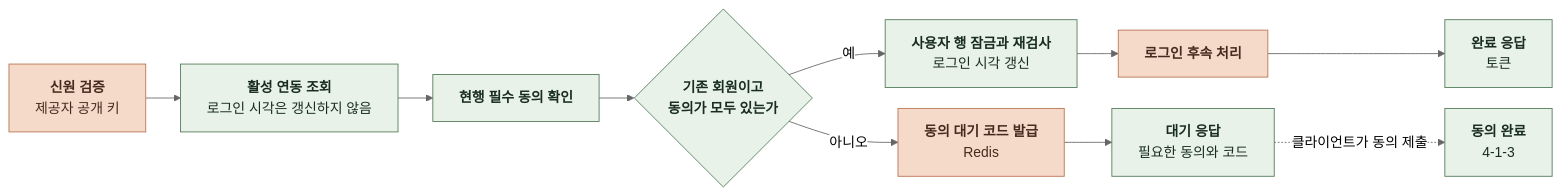
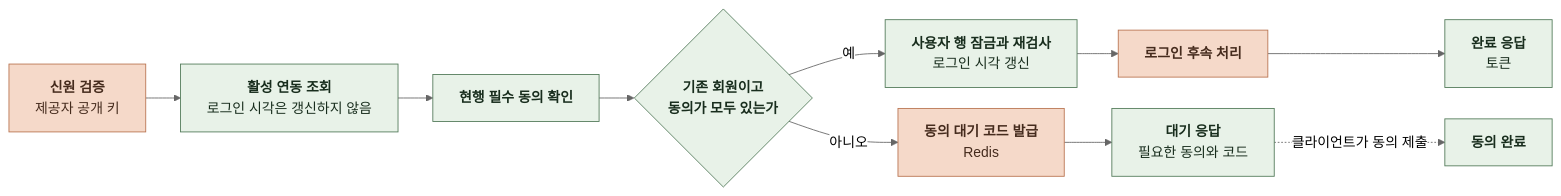
The first of 16 diagrams in docs/domain/ACCOUNT/BACKEND/4-1-PIPELINES.md (KIM-N-KANG/knk-harness), drawn with Mermaid (neutral theme) before and after one commit. The commit also changed other lines of this file, not shown here.

````diff
--- a/docs/domain/ACCOUNT/BACKEND/4-1-PIPELINES.md
+++ b/docs/domain/ACCOUNT/BACKEND/4-1-PIPELINES.md
@@ -36,25 +36,24 @@
 ```mermaid
 %%{init: {"flowchart": {"curve": "basis", "nodeSpacing": 24, "rankSpacing": 40}}}%%
 flowchart LR
     A["`**신원 검증**
 제공자 공개 키`"] --> B["`**활성 연동 조회**
 로그인 시각은 갱신하지 않음`"]
     B --> C["`**현행 필수 동의 확인**`"]
     C --> D{"`**기존 회원이고
 동의가 모두 있는가**`"}
     D -->|예| E["`**사용자 행 잠금과 재검사**
 로그인 시각 갱신`"]
     E --> F["`**로그인 후속 처리**`"]
     F --> G["`**완료 응답**
 토큰`"]
     D -->|아니오| H["`**동의 대기 코드 발급**
 Redis`"]
     H --> I["`**대기 응답**
 필요한 동의와 코드`"]
-    I -.->|클라이언트가 동의 제출| J["`**동의 완료**
-4-1-3`"]
+    I -.->|클라이언트가 동의 제출| J["`**동의 완료**`"]
     classDef comp fill:#E8F2E8,stroke:#527A59,color:#182D1D
     classDef task fill:#F5D9C9,stroke:#B97450,color:#452B1D
     class B,C,D,E,G,I,J comp
     class A,F,H task
 ```
````
